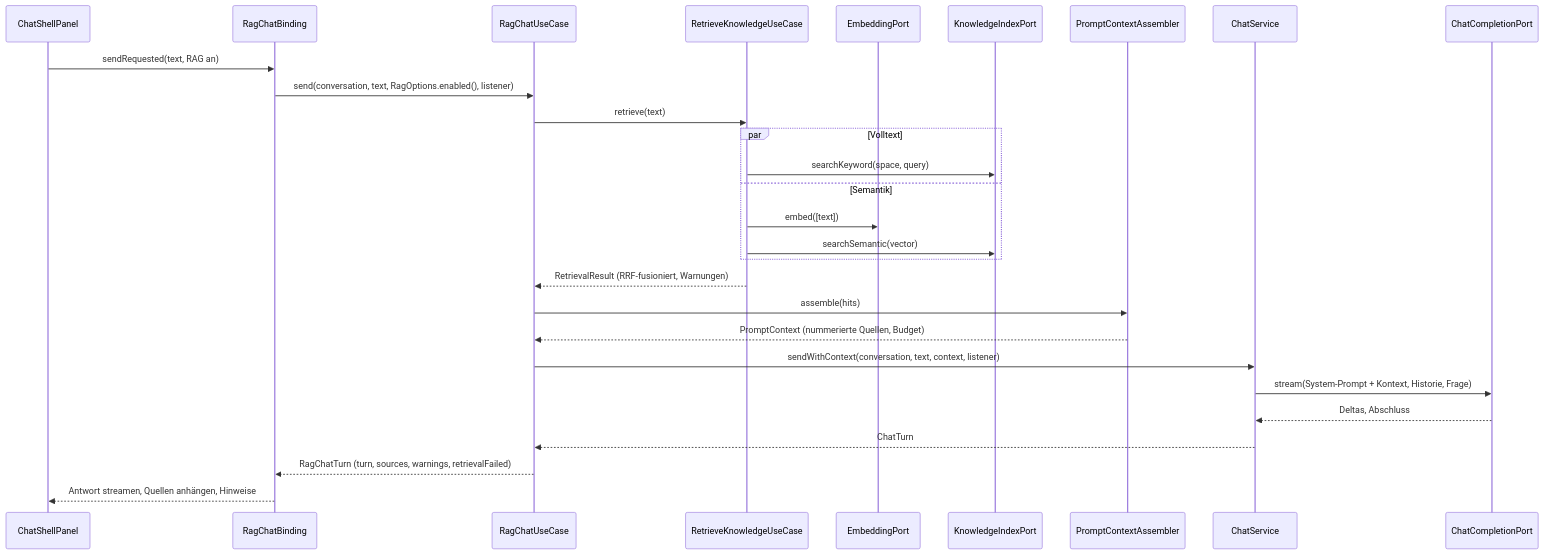
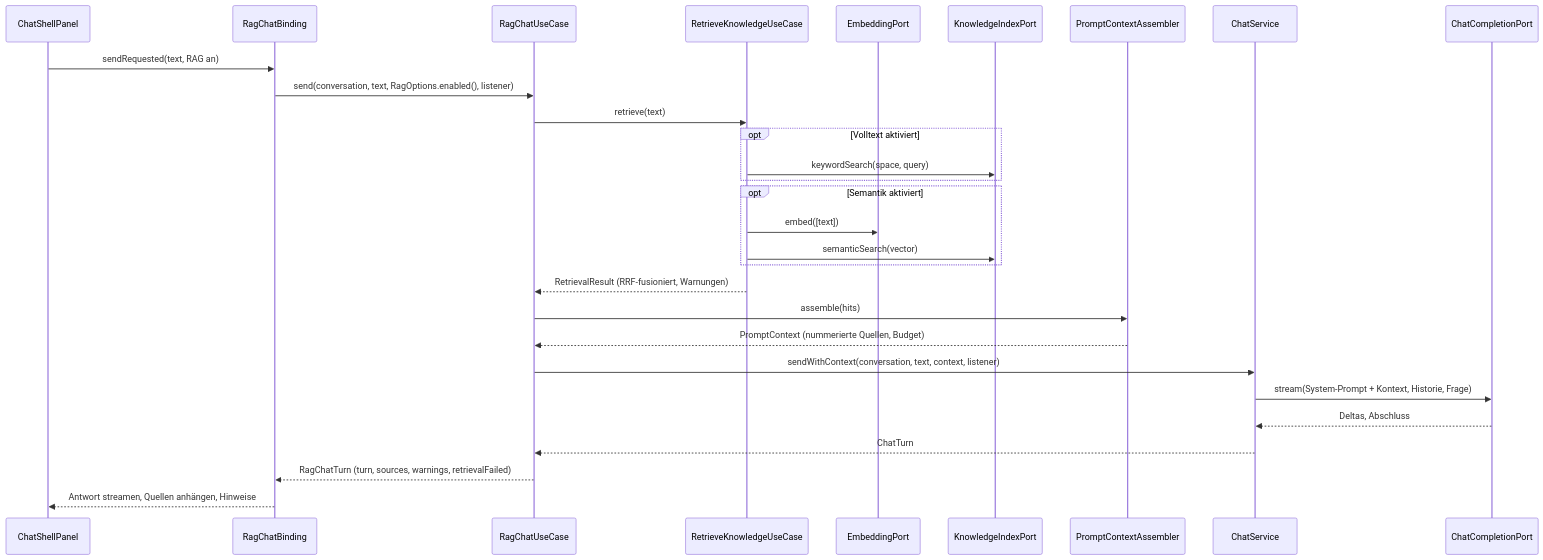
The second of 2 diagrams in docs/rag-datenfluss.md (aresstack/enterprise-ai-client), drawn with Mermaid before and after one commit. The commit also changed other lines of this file and 7 other files, not shown here.

````diff
--- a/docs/rag-datenfluss.md
+++ b/docs/rag-datenfluss.md
@@ -65,30 +65,31 @@
 ```mermaid
 sequenceDiagram
     participant UI as ChatShellPanel
     participant B as RagChatBinding
     participant R as RagChatUseCase
     participant K as RetrieveKnowledgeUseCase
     participant E as EmbeddingPort
     participant I as KnowledgeIndexPort
     participant A as PromptContextAssembler
     participant C as ChatService
     participant P as ChatCompletionPort
     UI->>B: sendRequested(text, RAG an)
     B->>R: send(conversation, text, RagOptions.enabled(), listener)
     R->>K: retrieve(text)
-    par Volltext
-        K->>I: searchKeyword(space, query)
-    and Semantik
+    opt Volltext aktiviert
+        K->>I: keywordSearch(space, query)
+    end
+    opt Semantik aktiviert
         K->>E: embed([text])
-        K->>I: searchSemantic(vector)
+        K->>I: semanticSearch(vector)
     end
     K-->>R: RetrievalResult (RRF-fusioniert, Warnungen)
     R->>A: assemble(hits)
     A-->>R: PromptContext (nummerierte Quellen, Budget)
     R->>C: sendWithContext(conversation, text, context, listener)
     C->>P: stream(System-Prompt + Kontext, Historie, Frage)
     P-->>C: Deltas, Abschluss
     C-->>R: ChatTurn
     R-->>B: RagChatTurn (turn, sources, warnings, retrievalFailed)
     B-->>UI: Antwort streamen, Quellen anhängen, Hinweise
 ```
````
